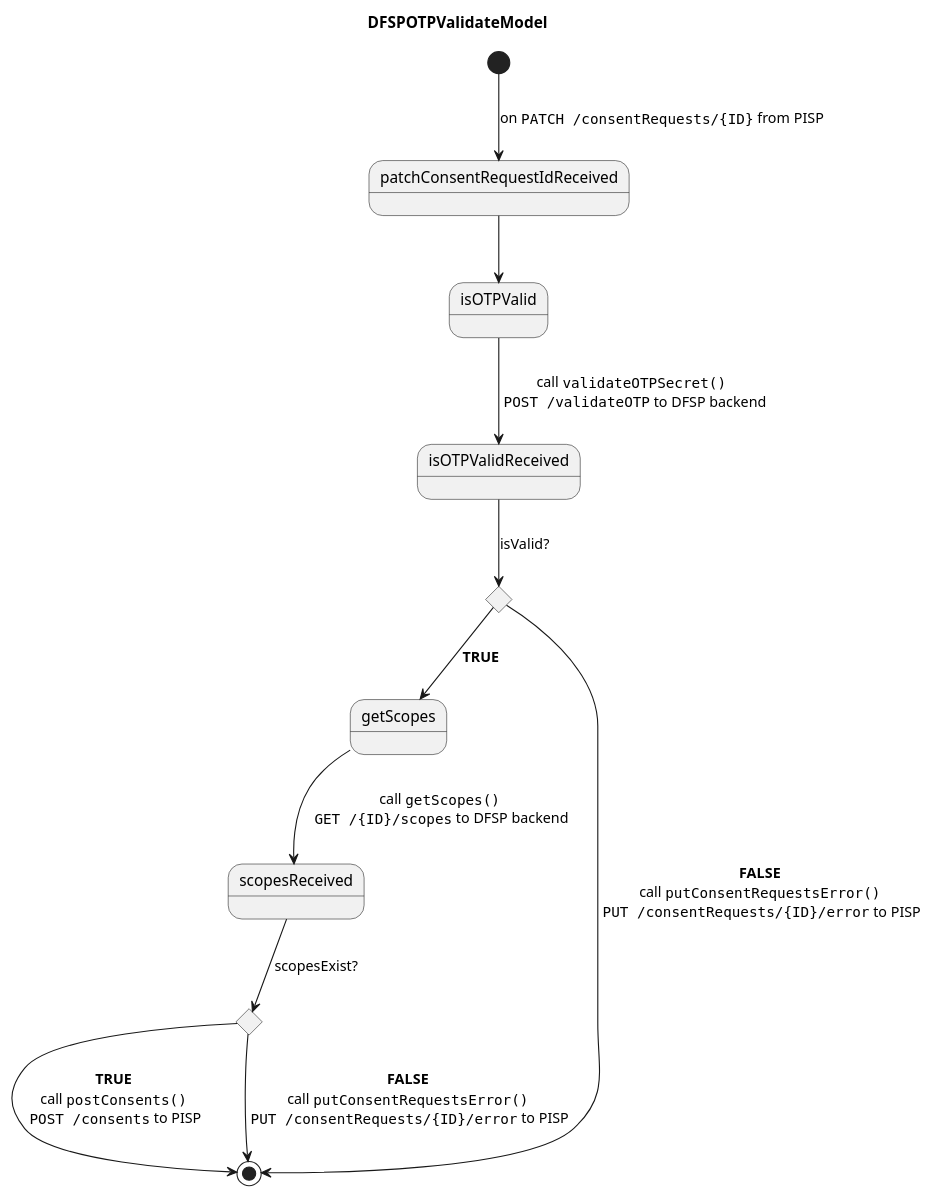
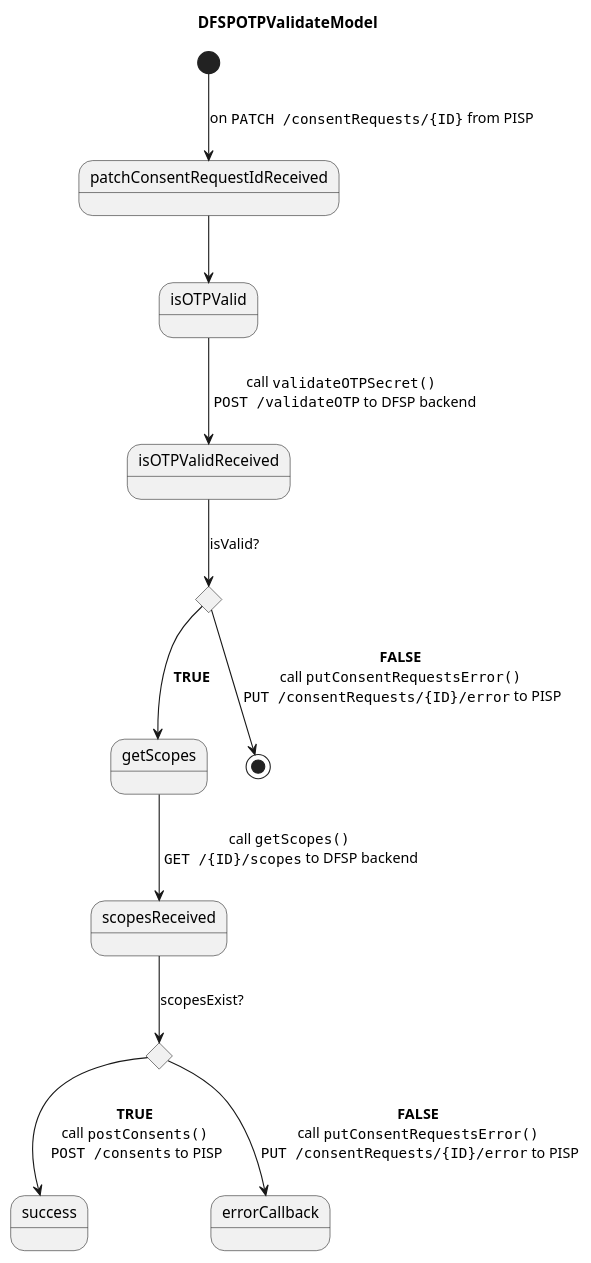
One commit to mojaloop/thirdparty-sdk changed the diagram in docs/sequence/DFSPOTPValidateModel.puml. Above: the diagram before and after it, drawn with PlantUML. The commit also changed 1 other file, not shown here.

```diff
--- a/docs/sequence/DFSPOTPValidateModel.puml
+++ b/docs/sequence/DFSPOTPValidateModel.puml
@@ -1,19 +1,19 @@
 @startuml DFSPOTPValidateModel
 
 title DFSPOTPValidateModel
 
 state isValid <<choice>>
 state scopesExist <<choice>>
 
 [*] --> patchConsentRequestIdReceived: on ""PATCH /consentRequests/{ID}"" from PISP
 patchConsentRequestIdReceived --> isOTPValid
 isOTPValid --> isOTPValidReceived: call ""validateOTPSecret()"" \n ""POST /validateOTP"" to DFSP backend
 isOTPValidReceived --> isValid: isValid?
 isValid --> getScopes:**TRUE**
 getScopes --> scopesReceived: call ""getScopes()""\n ""GET /{ID}/scopes"" to DFSP backend
 isValid --> [*]:**FALSE**\ncall ""putConsentRequestsError()""\n ""PUT /consentRequests/{ID}/error"" to PISP
 scopesReceived --> scopesExist: scopesExist?
-scopesExist --> [*]:**TRUE**\ncall ""postConsents()""\n ""POST /consents"" to PISP
-scopesExist --> [*]:**FALSE**\ncall ""putConsentRequestsError()""\n ""PUT /consentRequests/{ID}/error"" to PISP
+scopesExist --> success:**TRUE**\ncall ""postConsents()""\n ""POST /consents"" to PISP
+scopesExist --> errorCallback:**FALSE**\ncall ""putConsentRequestsError()""\n ""PUT /consentRequests/{ID}/error"" to PISP
 
 @enduml
```
